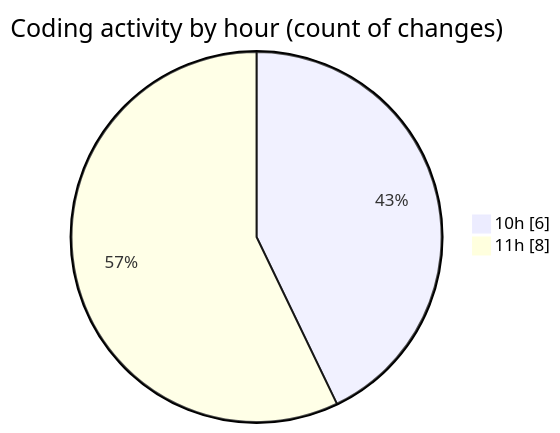
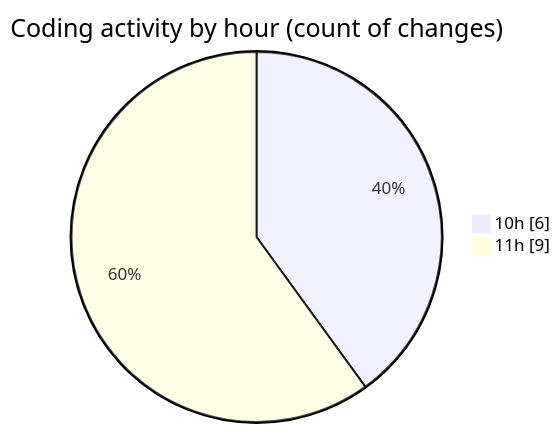
The second of 2 diagrams in 2026-07-08/cilapp/README.md (ricardozamudiocil/code-tracking), drawn with Mermaid before and after one commit. The commit also changed other lines of this file and 1 other file, not shown here.

````diff
--- a/2026-07-08/cilapp/README.md
+++ b/2026-07-08/cilapp/README.md
@@ -34,6 +34,6 @@
 ```mermaid
 pie showData
 title Coding activity by hour (count of changes)
 "10h" : 6
-"11h" : 8
+"11h" : 9
 ```
````
